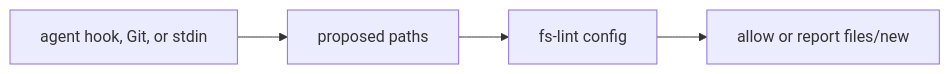
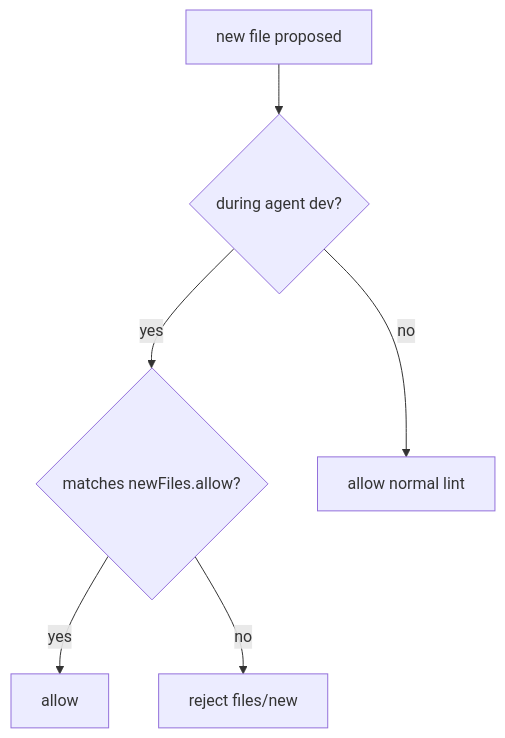
One commit to yowainwright/fs-lint-legibility changed the diagram in README.md. Above: the diagram before and after it, drawn with Mermaid. The commit also changed other lines of this file, not shown here.

Commit message:
chore: updates mermaid

````diff
--- a/README.md
+++ b/README.md
@@ -21,6 +21,8 @@
 ```mermaid
-flowchart LR
-  Source["agent hook, Git, or stdin"] --> Paths["proposed paths"]
-  Paths --> Config["fs-lint config"]
-  Config --> Result["allow or report files/new"]
+flowchart TD
+  Change["new file proposed"] --> Agent{"during agent dev?"}
+  Agent -- yes --> Allowlist{"matches newFiles.allow?"}
+  Allowlist -- yes --> AgentAllowed["allow"]
+  Allowlist -- no --> AgentRejected["reject files/new"]
+  Agent -- no --> LintAllowed["allow normal lint"]
 ```
````
